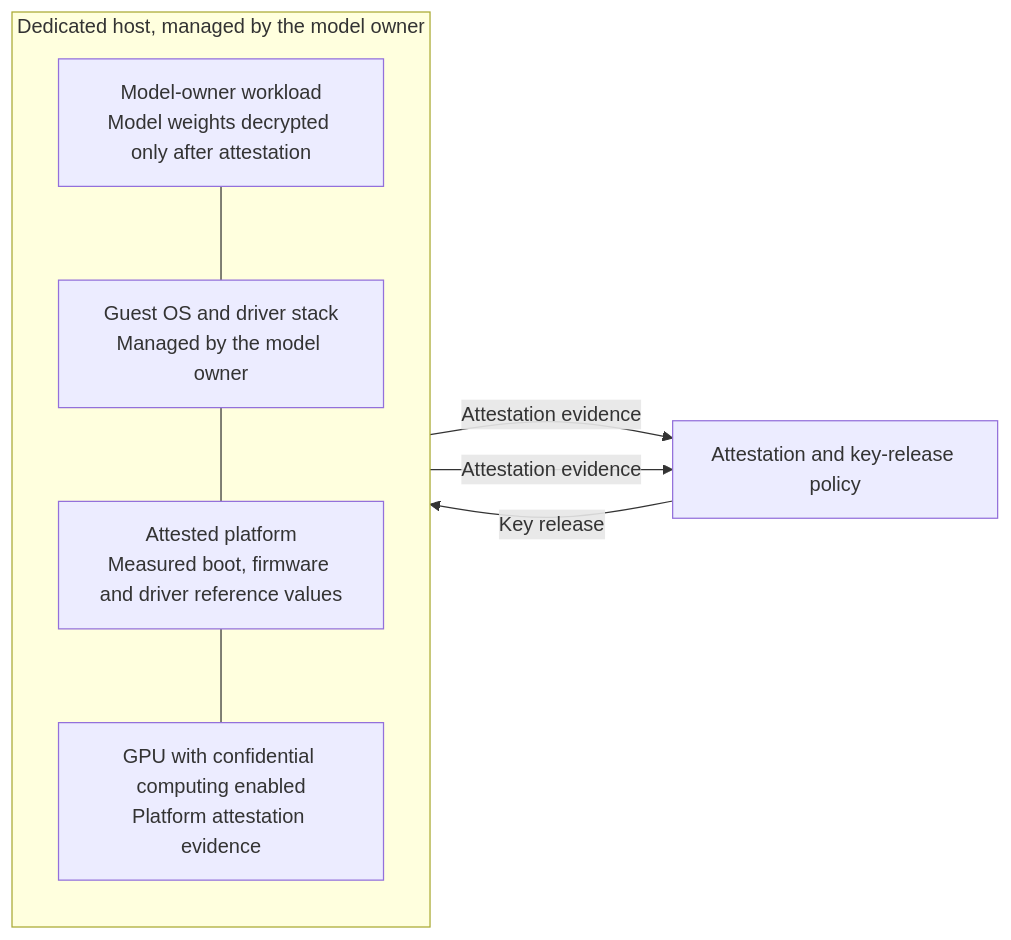
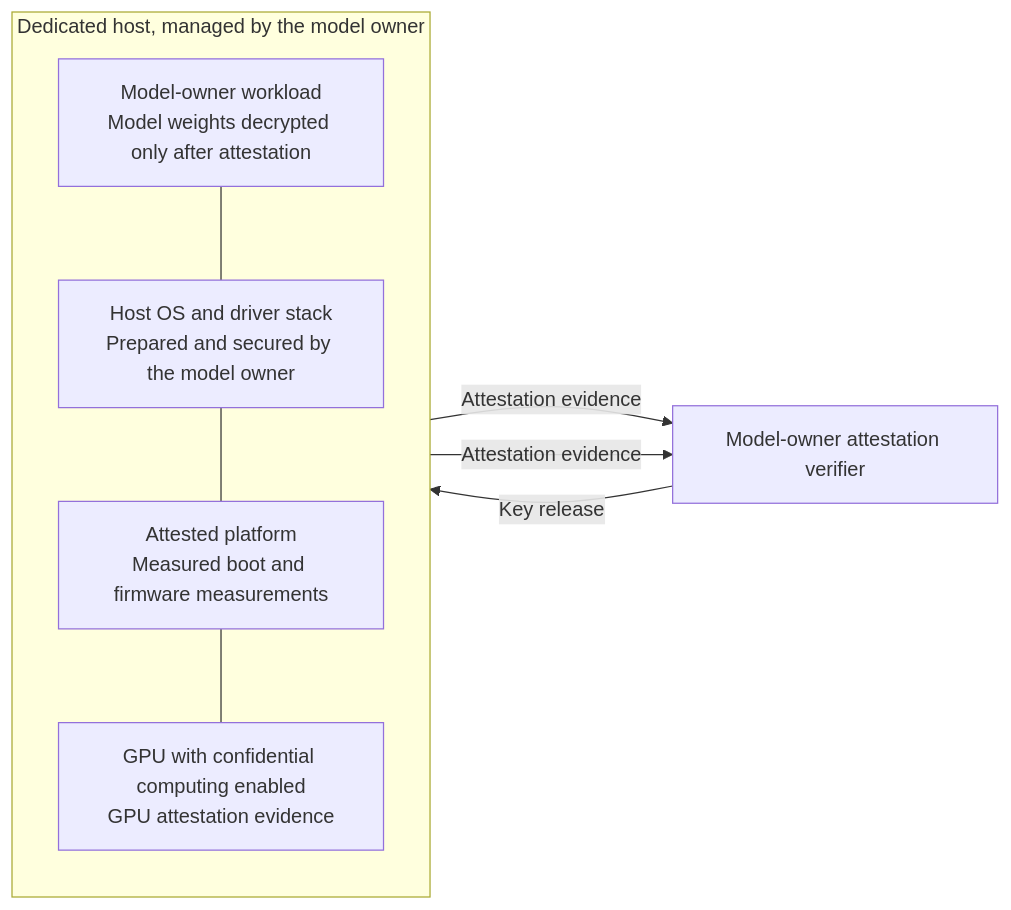
One commit to NVIDIA/confidential-computing-docs changed the second of 3 diagrams in fern/pages/overview/positioning.mdx. Above: the diagram before and after it, drawn with Mermaid. The commit also changed other lines of this file and 2 other files, not shown here.

````diff
--- a/fern/pages/overview/positioning.mdx
+++ b/fern/pages/overview/positioning.mdx
@@ -82,15 +91,15 @@
 ```mermaid
 flowchart LR
     subgraph HOST["Dedicated host, managed by the model owner"]
         direction TB
         W["Model-owner workload<br/>Model weights decrypted only after attestation"]
-        OS["Guest OS and driver stack<br/>Managed by the model owner"]
-        P["Attested platform<br/>Measured boot, firmware and driver reference values"]
-        G["GPU with confidential computing enabled<br/>Platform attestation evidence"]
+        OS["Host OS and driver stack<br/>Prepared and secured by the model owner"]
+        P["Attested platform<br/>Measured boot and firmware measurements"]
+        G["GPU with confidential computing enabled<br/>GPU attestation evidence"]
         W --- OS --- P --- G
     end
-    POL["Attestation and key-release policy"]
+    POL["Model-owner attestation verifier"]
     P -->|Attestation evidence| POL
     G -->|Attestation evidence| POL
     POL -->|Key release| W
 ```
````
